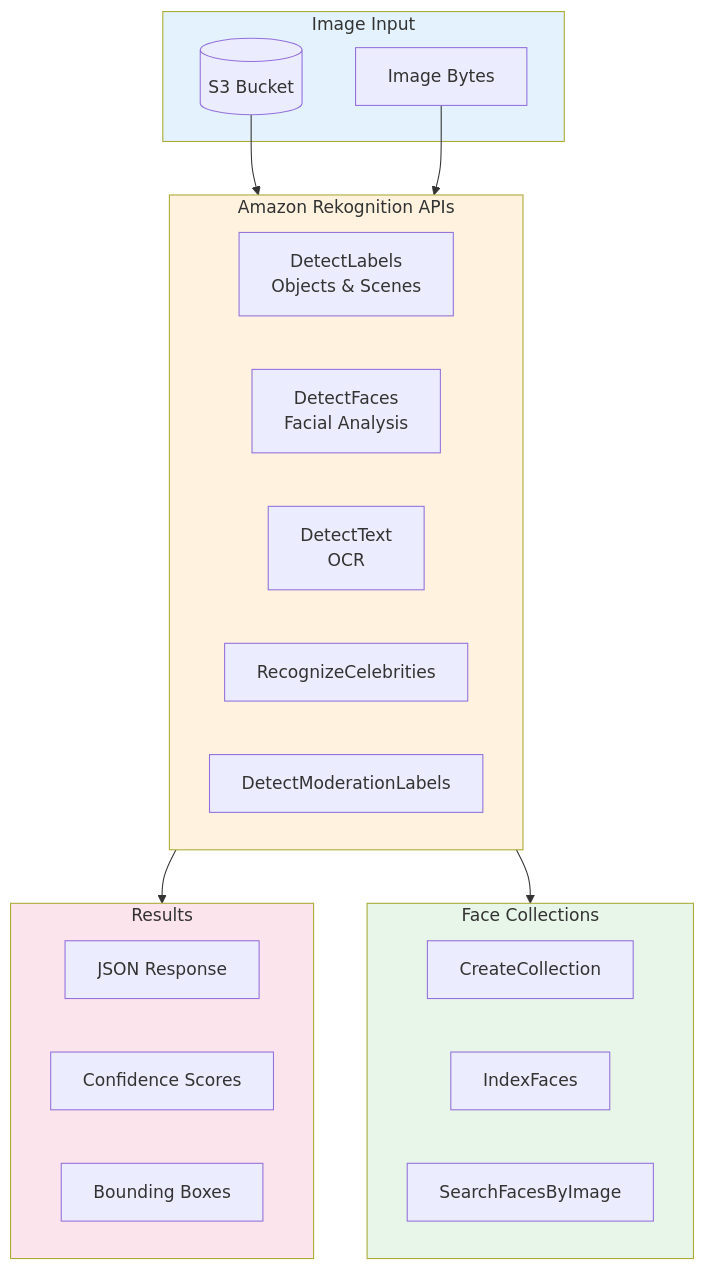
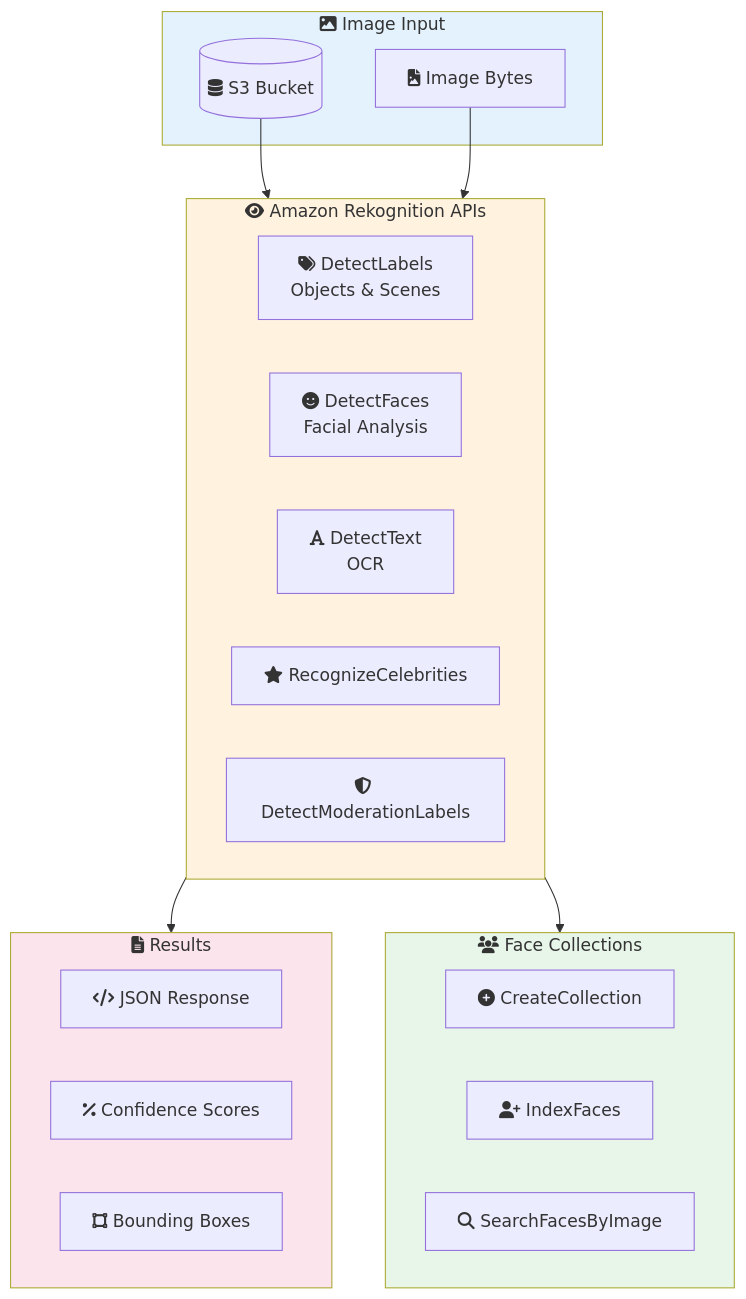
The first of 3 diagrams in aws-ml-associate-prep/10-rekognition-app/LAB.md (vinu76jsr/aws-sample-projects), drawn with Mermaid before and after one commit. The commit also changed other lines of this file and 15 other files, not shown here.

First line of the commit message:
Add Font Awesome icons to all Mermaid diagrams

````diff
--- a/aws-ml-associate-prep/10-rekognition-app/LAB.md
+++ b/aws-ml-associate-prep/10-rekognition-app/LAB.md
@@ -14,37 +14,37 @@
 ```mermaid
 flowchart TB
-    subgraph Input["Image Input"]
-        S3[(S3 Bucket)]
-        Bytes[Image Bytes]
+    subgraph Input["fa:fa-image Image Input"]
+        S3[(fa:fa-database S3 Bucket)]
+        Bytes[fa:fa-file-image Image Bytes]
     end
 
-    subgraph Rekognition["Amazon Rekognition APIs"]
-        Labels[DetectLabels<br/>Objects & Scenes]
-        Faces[DetectFaces<br/>Facial Analysis]
-        Text[DetectText<br/>OCR]
-        Celeb[RecognizeCelebrities]
-        Mod[DetectModerationLabels]
+    subgraph Rekognition["fa:fa-eye Amazon Rekognition APIs"]
+        Labels[fa:fa-tags DetectLabels<br/>Objects & Scenes]
+        Faces[fa:fa-smile DetectFaces<br/>Facial Analysis]
+        Text[fa:fa-font DetectText<br/>OCR]
+        Celeb[fa:fa-star RecognizeCelebrities]
+        Mod[fa:fa-shield-alt DetectModerationLabels]
     end
 
-    subgraph FaceCollection["Face Collections"]
-        Create[CreateCollection]
-        Index[IndexFaces]
-        Search[SearchFacesByImage]
+    subgraph FaceCollection["fa:fa-users Face Collections"]
+        Create[fa:fa-plus-circle CreateCollection]
+        Index[fa:fa-user-plus IndexFaces]
+        Search[fa:fa-search SearchFacesByImage]
     end
 
-    subgraph Output["Results"]
-        JSON[JSON Response]
-        Confidence[Confidence Scores]
-        BoundingBox[Bounding Boxes]
+    subgraph Output["fa:fa-file-alt Results"]
+        JSON[fa:fa-code JSON Response]
+        Confidence[fa:fa-percentage Confidence Scores]
+        BoundingBox[fa:fa-vector-square Bounding Boxes]
     end
 
     S3 --> Rekognition
     Bytes --> Rekognition
     Rekognition --> Output
     Rekognition --> FaceCollection
 
     style Input fill:#e3f2fd
     style Rekognition fill:#fff3e0
     style FaceCollection fill:#e8f5e9
     style Output fill:#fce4ec
 ```
````
